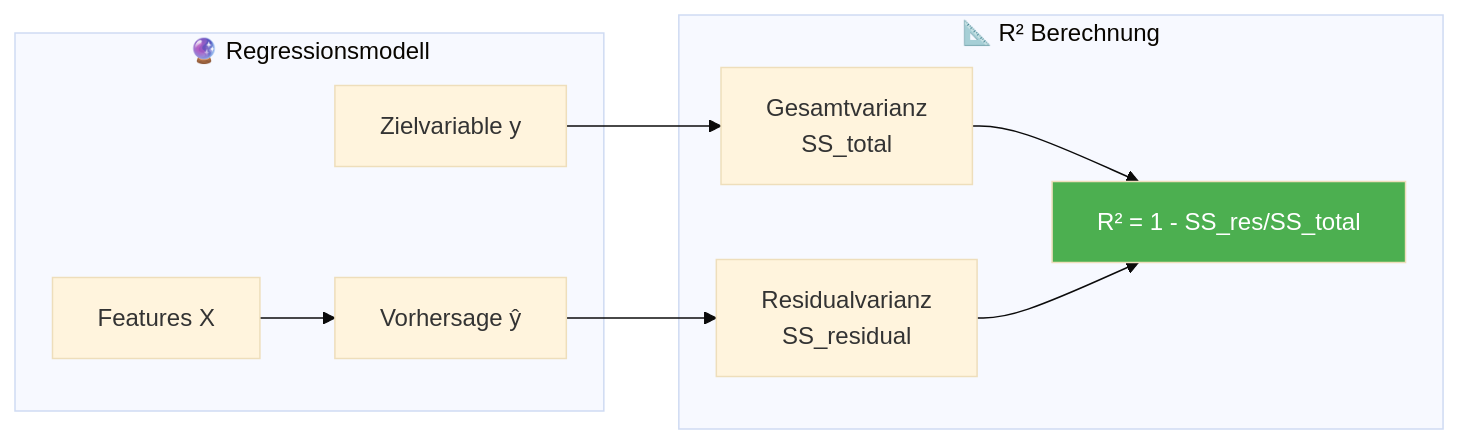
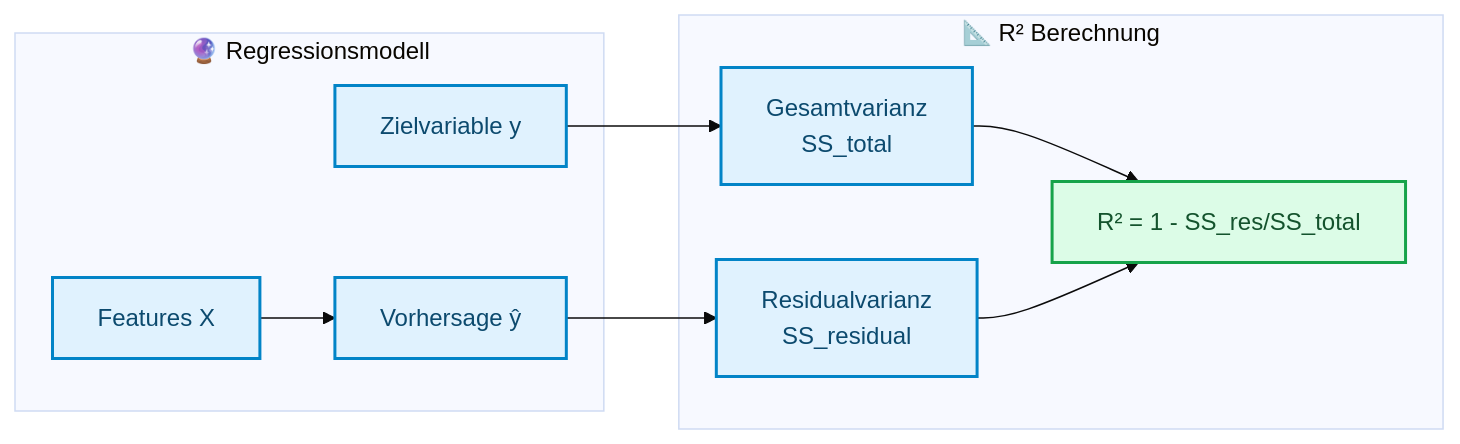
Before and after one commit to ralf-42/ML_Intro: the second of 9 diagrams in docs/concepts/evaluate/bewertung_regression.md, drawn with Mermaid (base theme). The commit also changed other lines of this file and 67 other files, not shown here.

````diff
--- a/docs/concepts/evaluate/bewertung_regression.md
+++ b/docs/concepts/evaluate/bewertung_regression.md
@@ -67,22 +70,24 @@
 ```mermaid
 flowchart LR
     subgraph Modell["🔮 Regressionsmodell"]
         X["Features X"]
         Y["Zielvariable y"]
         PRED["Vorhersage ŷ"]
     end
     
     subgraph R2_Calc["📐 R² Berechnung"]
         VAR_TOTAL["Gesamtvarianz<br/>SS_total"]
         VAR_RESIDUAL["Residualvarianz<br/>SS_residual"]
         RESULT["R² = 1 - SS_res/SS_total"]
     end
     
     X --> PRED
     Y --> VAR_TOTAL
     PRED --> VAR_RESIDUAL
     VAR_TOTAL --> RESULT
     VAR_RESIDUAL --> RESULT
-    
-    style RESULT fill:#4CAF50,color:#fff
+
+    classDef default fill:#e0f2fe,stroke:#0284c7,stroke-width:2px,color:#0c4a6e;
+    classDef output fill:#dcfce7,stroke:#16a34a,stroke-width:2px,color:#14532d;
+    class RESULT output;
 ```
````
